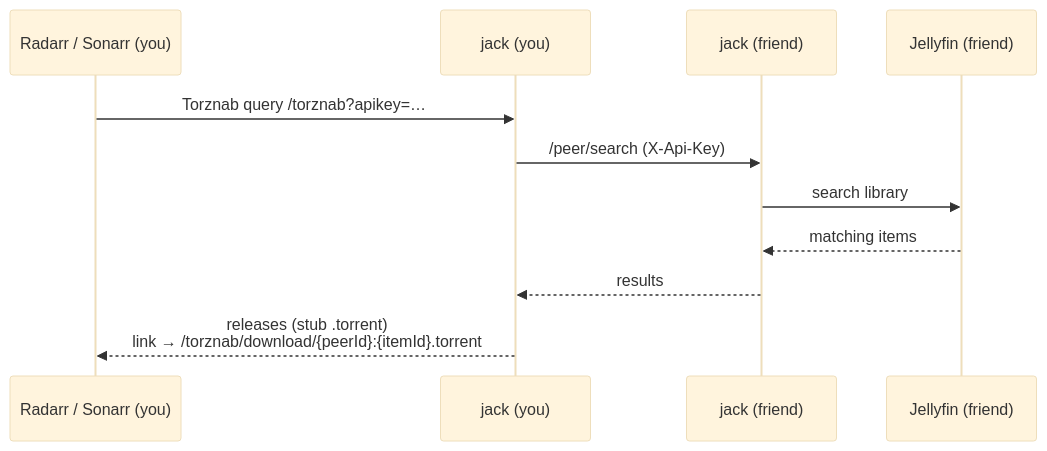
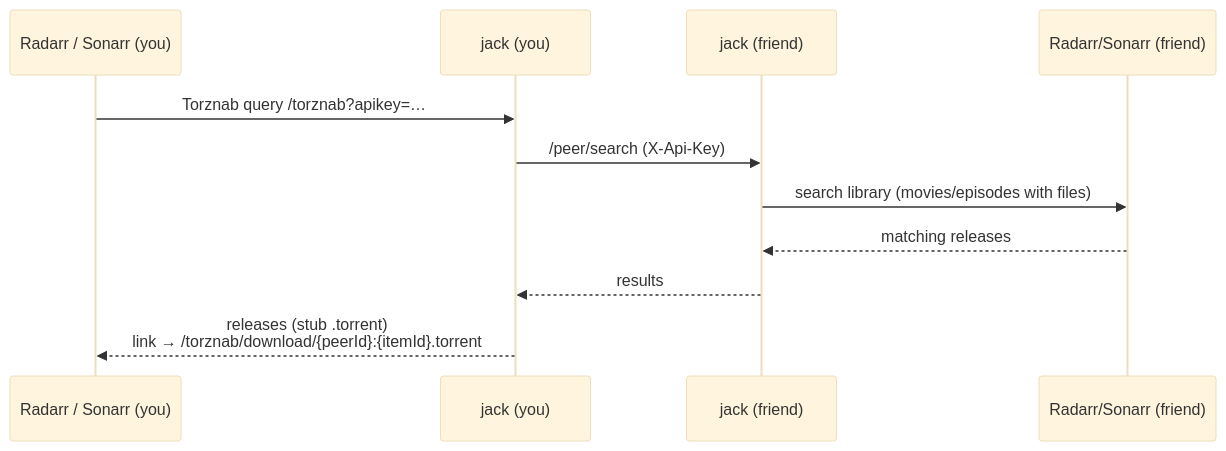
The first of 2 diagrams in README.md (roziscoding/jack), drawn with Mermaid (base theme) before and after one commit. The commit also changed other lines of this file and 65 other files, not shown here.

First line of the commit message:
feat: source releases from Radarr/Sonarr, drop Jellyfin (#7)

````diff
--- a/README.md
+++ b/README.md
@@ -101,14 +114,14 @@
 ```mermaid
 sequenceDiagram
     participant ARR as Radarr / Sonarr (you)
     participant JACK as jack (you)
     participant FJACK as jack (friend)
-    participant JELLY as Jellyfin (friend)
+    participant FARR as Radarr/Sonarr (friend)
 
     ARR->>JACK: Torznab query /torznab?apikey=…
     JACK->>FJACK: /peer/search (X-Api-Key)
-    FJACK->>JELLY: search library
-    JELLY-->>FJACK: matching items
+    FJACK->>FARR: search library (movies/episodes with files)
+    FARR-->>FJACK: matching releases
     FJACK-->>JACK: results
     JACK-->>ARR: releases (stub .torrent)<br/>link → /torznab/download/{peerId}:{itemId}.torrent
 ```
````
